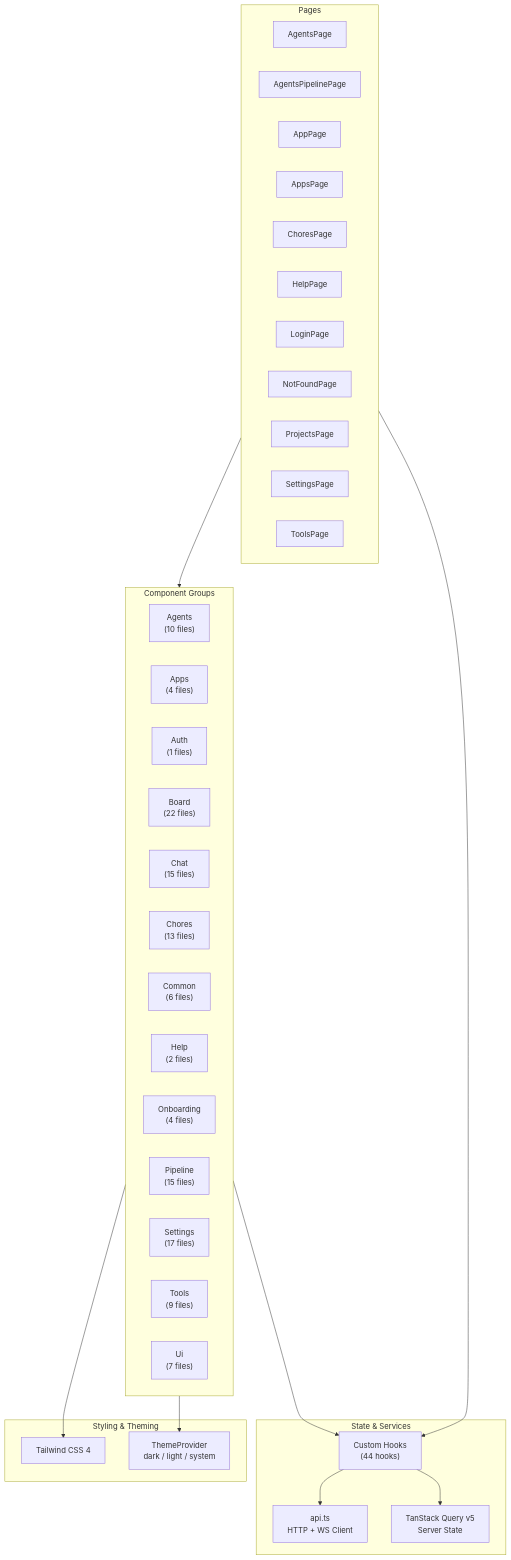
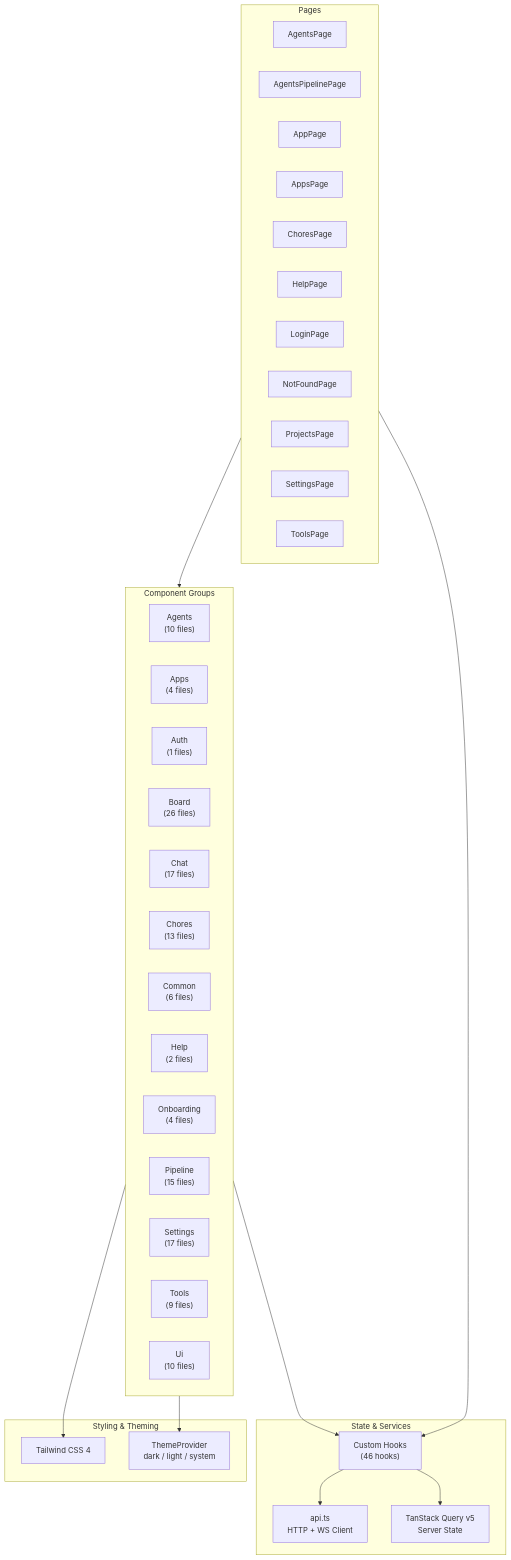
The diagram in solune/docs/architectures/frontend-components.mmd (Boykai/github-workflows), drawn with Mermaid before and after one commit. The commit also changed 36 other files, not shown here.

```diff
--- a/solune/docs/architectures/frontend-components.mmd
+++ b/solune/docs/architectures/frontend-components.mmd
@@ -1,49 +1,49 @@
 graph TB
     subgraph Pages["Pages"]
         P_0["AgentsPage"]
         P_1["AgentsPipelinePage"]
         P_2["AppPage"]
         P_3["AppsPage"]
         P_4["ChoresPage"]
         P_5["HelpPage"]
         P_6["LoginPage"]
         P_7["NotFoundPage"]
         P_8["ProjectsPage"]
         P_9["SettingsPage"]
         P_10["ToolsPage"]
     end
 
     subgraph Components["Component Groups"]
         C_0["Agents<br/>(10 files)"]
         C_1["Apps<br/>(4 files)"]
         C_2["Auth<br/>(1 files)"]
-        C_3["Board<br/>(22 files)"]
-        C_4["Chat<br/>(15 files)"]
+        C_3["Board<br/>(26 files)"]
+        C_4["Chat<br/>(17 files)"]
         C_5["Chores<br/>(13 files)"]
         C_6["Common<br/>(6 files)"]
         C_7["Help<br/>(2 files)"]
         C_8["Onboarding<br/>(4 files)"]
         C_9["Pipeline<br/>(15 files)"]
         C_10["Settings<br/>(17 files)"]
         C_11["Tools<br/>(9 files)"]
-        C_12["Ui<br/>(7 files)"]
+        C_12["Ui<br/>(10 files)"]
     end
 
     subgraph State["State & Services"]
-        Hooks["Custom Hooks<br/>(44 hooks)"]
+        Hooks["Custom Hooks<br/>(46 hooks)"]
         API["api.ts<br/>HTTP + WS Client"]
         TQ["TanStack Query v5<br/>Server State"]
     end
 
     subgraph Styling["Styling & Theming"]
         TW["Tailwind CSS 4"]
         Theme["ThemeProvider<br/>dark / light / system"]
     end
 
     Pages --> Components
     Pages --> Hooks
     Components --> Hooks
     Hooks --> API
     Hooks --> TQ
     Components --> TW
     Components --> Theme
```
